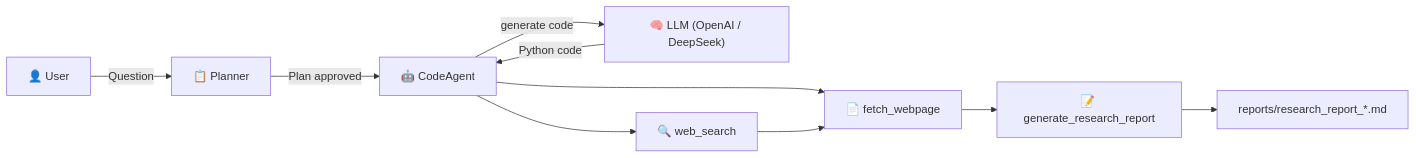
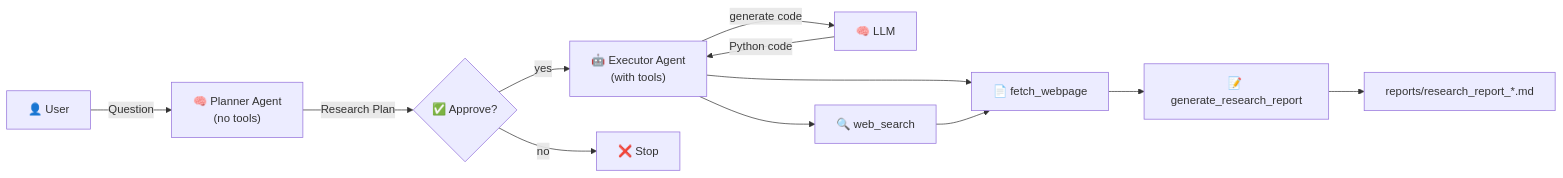
One commit to Nkluge-correa/smolagent changed the second of 2 diagrams in README.md. Above: the diagram before and after it, drawn with Mermaid. The commit also changed other lines of this file and 5 other files, not shown here.

````diff
--- a/README.md
+++ b/README.md
@@ -88,12 +93,14 @@
 ```mermaid
 flowchart LR
-    User["👤 User"] -->|"Question"| Planner["📋 Planner"]
-    Planner -->|"Plan approved"| Agent["🤖 CodeAgent"]
-    Agent -->|"generate code"| LLM["🧠 LLM (OpenAI / DeepSeek)"]
-    LLM -->|"Python code"| Agent
-    Agent --> S1["🔍 web_search"]
-    Agent --> S2["📄 fetch_webpage"]
+    User["👤 User"] -->|"Question"| Planner["🧠 Planner Agent\n(no tools)"]
+    Planner -->|"Research Plan"| Approve{"✅ Approve?"}
+    Approve -->|"yes"| Executor["🤖 Executor Agent\n(with tools)"]
+    Approve -->|"no"| Stop["❌ Stop"]
+    Executor -->|"generate code"| LLM["🧠 LLM"]
+    LLM -->|"Python code"| Executor
+    Executor --> S1["🔍 web_search"]
+    Executor --> S2["📄 fetch_webpage"]
     S1 --> S2
     S2 --> S3["📝 generate_research_report"]
     S3 --> Report["reports/research_report_*.md"]
 ```
````
